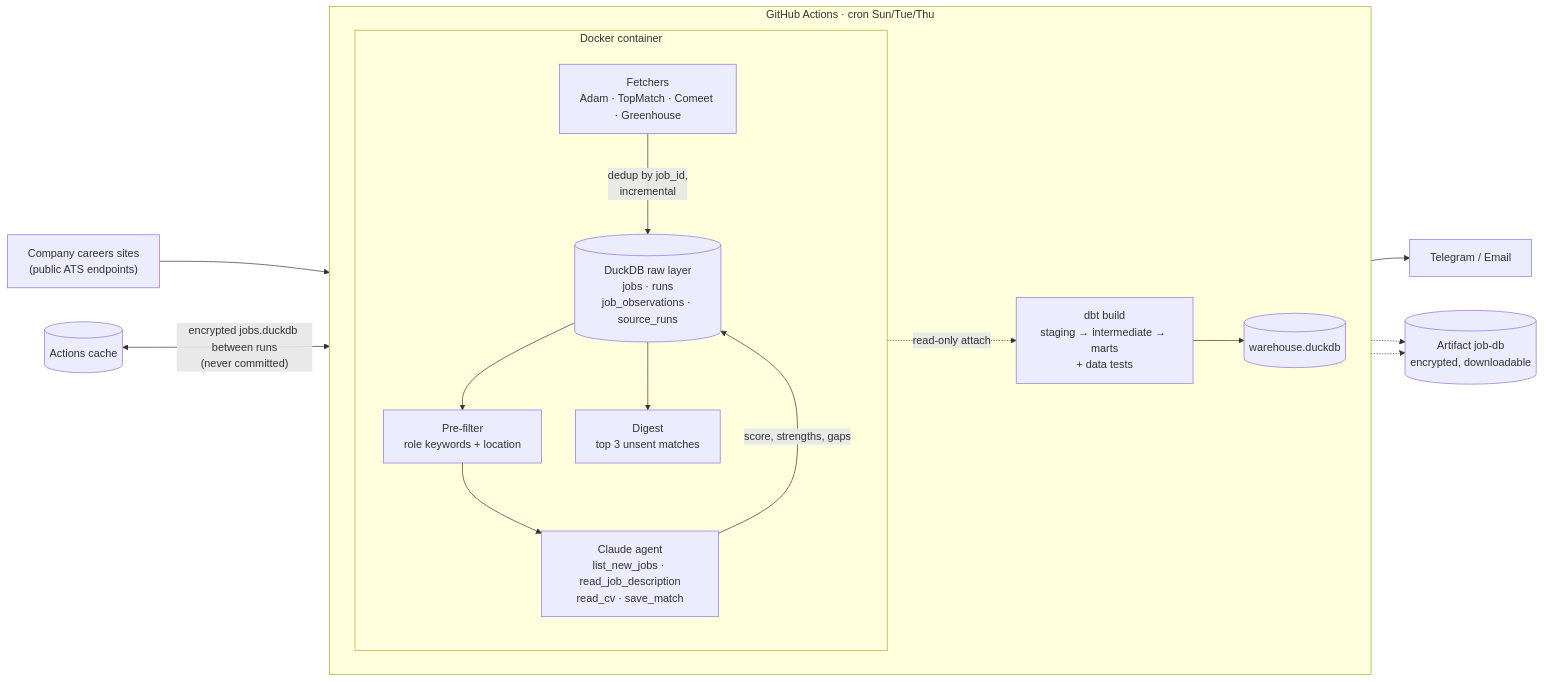
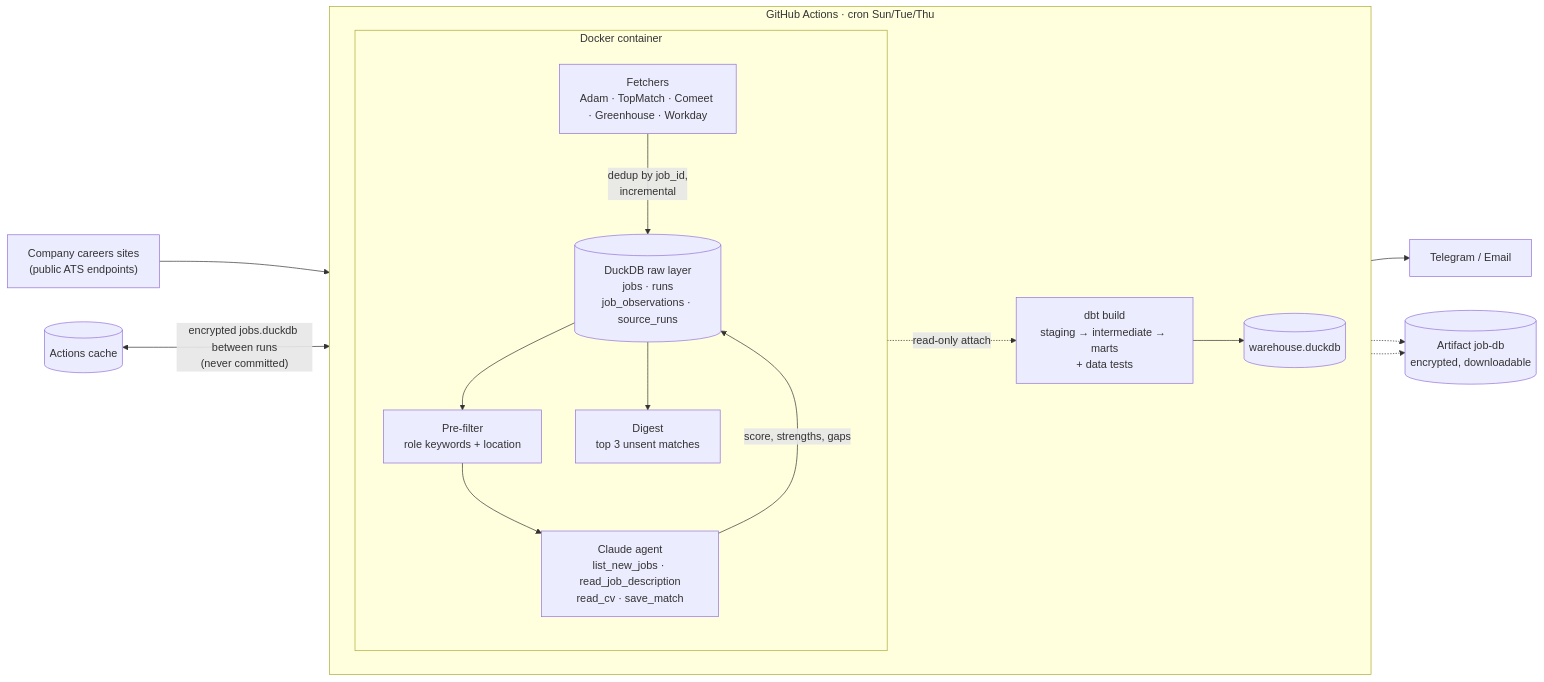
One commit to tomerdg/job_search_agent changed the diagram in README.md. Above: the diagram before and after it, drawn with Mermaid. The commit also changed other lines of this file and 8 other files, not shown here.

````diff
--- a/README.md
+++ b/README.md
@@ -21,25 +21,25 @@
 ```mermaid
 flowchart LR
     subgraph GA["GitHub Actions · cron Sun/Tue/Thu"]
         direction LR
         subgraph D["Docker container"]
             direction TB
-            F["Fetchers<br/>Adam · TopMatch · Comeet · Greenhouse"]
+            F["Fetchers<br/>Adam · TopMatch · Comeet · Greenhouse · Workday"]
             R[("DuckDB raw layer<br/>jobs · runs<br/>job_observations · source_runs")]
             P["Pre-filter<br/>role keywords + location"]
             A["Claude agent<br/>list_new_jobs · read_job_description<br/>read_cv · save_match"]
             N["Digest<br/>top 3 unsent matches"]
             F -->|"dedup by job_id,<br/>incremental"| R
             R --> P --> A -->|score, strengths, gaps| R
             R --> N
         end
         T["dbt build<br/>staging → intermediate → marts<br/>+ data tests"]
         W[("warehouse.duckdb")]
         R -.->|read-only attach| T --> W
     end
     S["Company careers sites<br/>(public ATS endpoints)"] --> F
     N --> O["Telegram / Email"]
     C[("Actions cache")] <-->|"encrypted jobs.duckdb between runs<br/>(never committed)"| R
     W -.-> X[("Artifact job-db<br/>encrypted, downloadable")]
     R -.-> X
 ```
````
